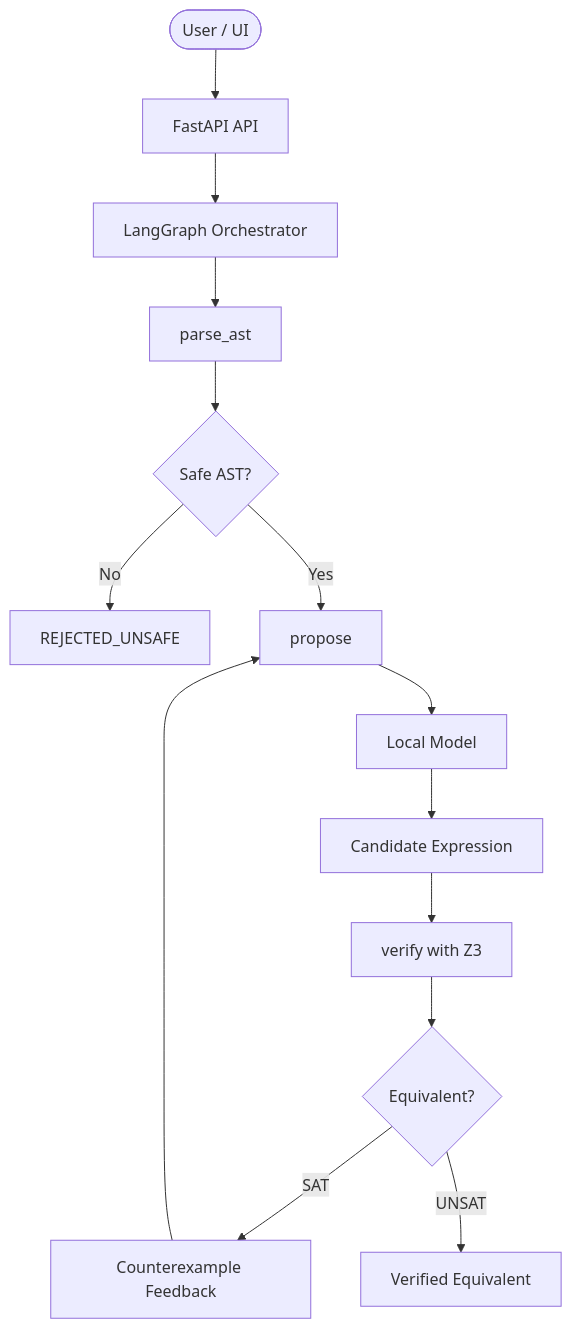
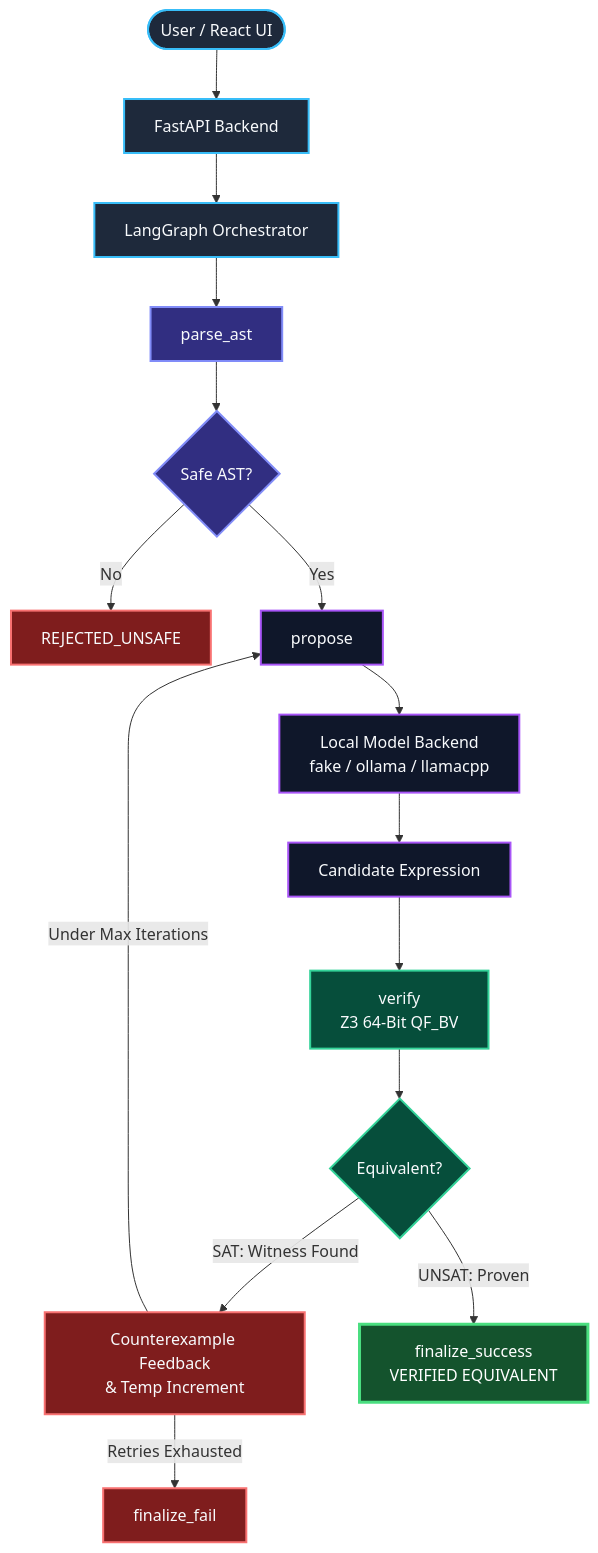
One commit to rthivisha/palimpsest changed the first of 2 diagrams in README.md. Above: the diagram before and after it, drawn with Mermaid. The commit also changed other lines of this file, not shown here.

````diff
--- a/README.md
+++ b/README.md
@@ -31,16 +93,24 @@
 ```mermaid
 flowchart TD
-    User([User / UI]) --> API[FastAPI API]
-    API --> Graph[LangGraph Orchestrator]
-    Graph --> Parse[parse_ast]
-    Parse --> Safe{Safe AST?}
-    Safe -->|No| Reject[REJECTED_UNSAFE]
-    Safe -->|Yes| Propose[propose]
-    Propose --> Model[Local Model]
-    Model --> Candidate[Candidate Expression]
-    Candidate --> Verify[verify with Z3]
-    Verify --> Check{Equivalent?}
-    Check -->|SAT| Retry[Counterexample Feedback]
-    Retry --> Propose
-    Check -->|UNSAT| Success[Verified Equivalent]
+    classDef entry fill:#1e293b,stroke:#38bdf8,stroke-width:2px,color:#f8fafc
+    classDef gate fill:#312e81,stroke:#818cf8,stroke-width:2px,color:#f8fafc
+    classDef model fill:#0f172a,stroke:#a855f7,stroke-width:2px,color:#f8fafc
+    classDef solver fill:#064e3b,stroke:#34d399,stroke-width:2px,color:#f8fafc
+    classDef fail fill:#7f1d1d,stroke:#f87171,stroke-width:2px,color:#f8fafc
+    classDef win fill:#14532d,stroke:#4ade80,stroke-width:3px,color:#ffffff
+
+    User([User / React UI]):::entry --> API[FastAPI Backend]:::entry
+    API --> Graph[LangGraph Orchestrator]:::entry
+    Graph --> Parse[parse_ast]:::gate
+    Parse --> Safe{Safe AST?}:::gate
+    Safe -->|No| Reject[REJECTED_UNSAFE]:::fail
+    Safe -->|Yes| Propose[propose]:::model
+    Propose --> Model[Local Model Backend<br/>fake / ollama / llamacpp]:::model
+    Model --> Candidate[Candidate Expression]:::model
+    Candidate --> Verify[verify<br/>Z3 64-Bit QF_BV]:::solver
+    Verify --> Check{Equivalent?}:::solver
+    Check -->|SAT: Witness Found| Retry[Counterexample Feedback<br/>& Temp Increment]:::fail
+    Retry -->|Under Max Iterations| Propose
+    Retry -->|Retries Exhausted| Fail[finalize_fail]:::fail
+    Check -->|UNSAT: Proven| Success[finalize_success<br/>VERIFIED EQUIVALENT]:::win
 ```
````
